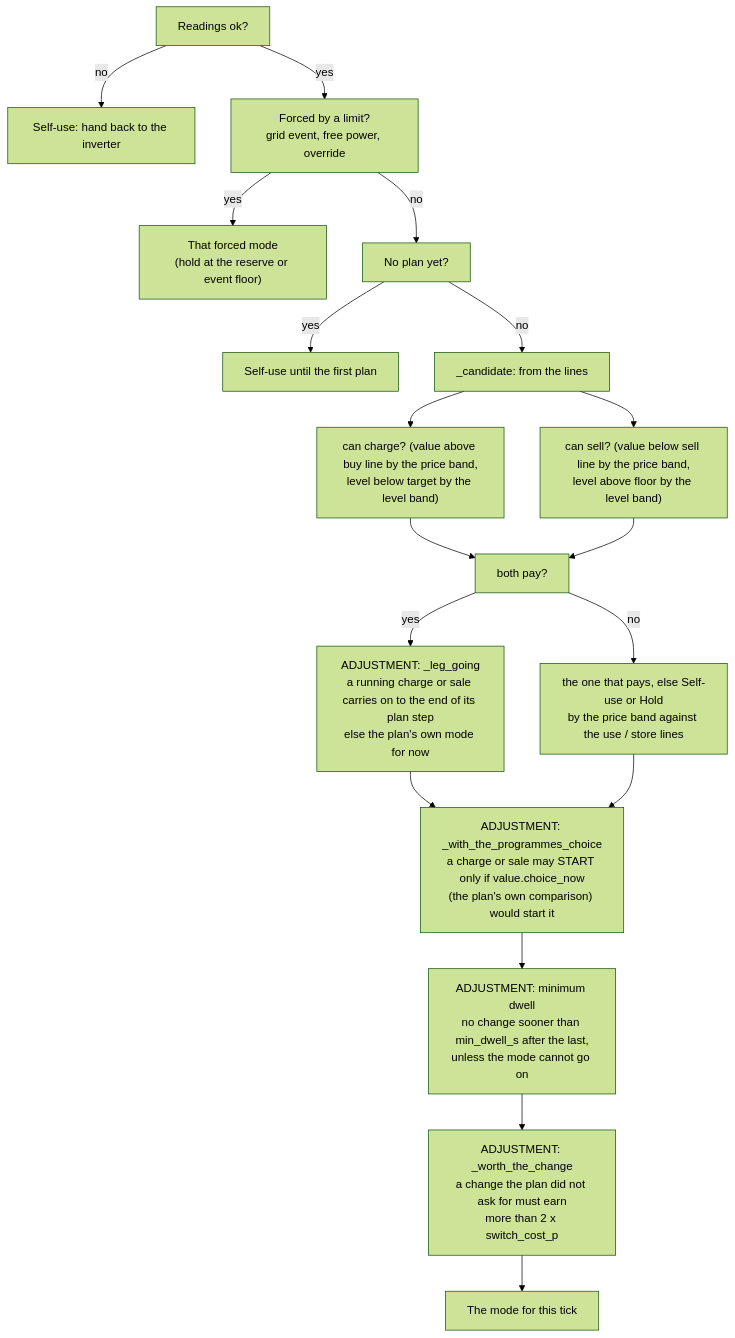
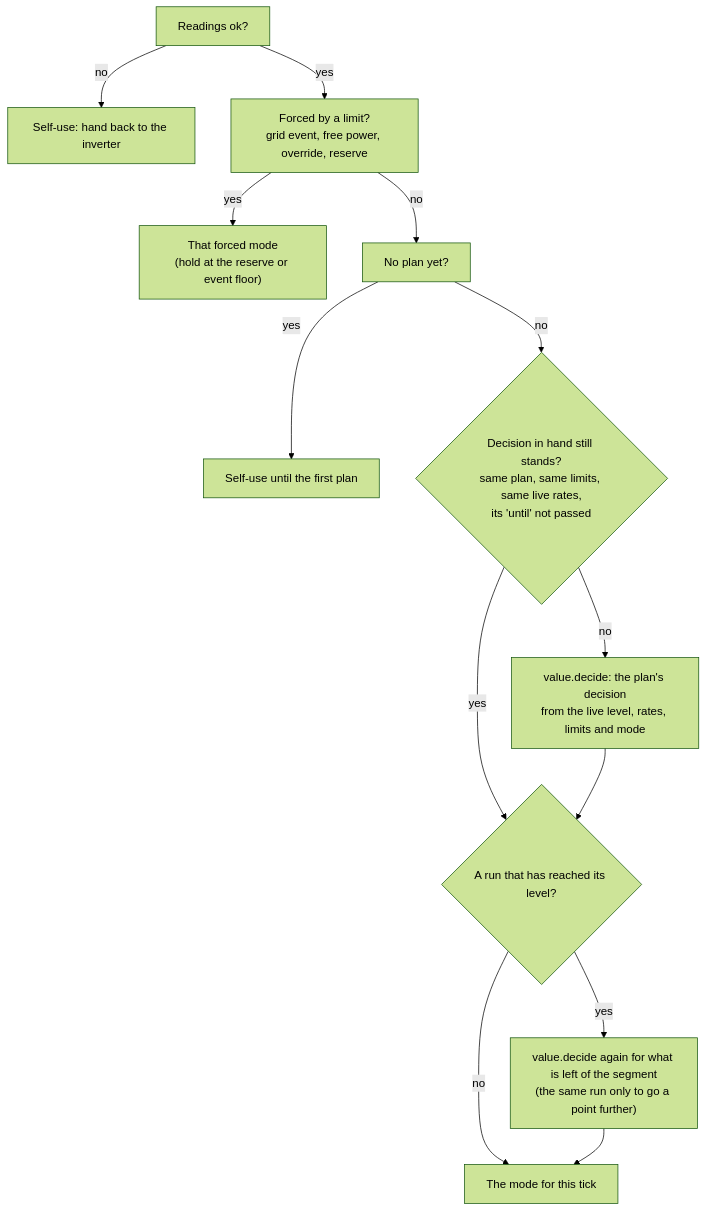
One commit to durkimat/ha-powerengine-controller changed the second of 2 diagrams in docs/plans/engine-v2-architecture.md. Above: the diagram before and after it, drawn with Mermaid (forest theme). The commit also changed other lines of this file and 40 other files, not shown here.

First line of the commit message:
0.9.157: One decision for the plan and the battery, and settings that say what you want (#313)

````diff
--- a/docs/plans/engine-v2-architecture.md
+++ b/docs/plans/engine-v2-architecture.md
@@ -123,20 +144,15 @@
 ```mermaid
 flowchart TD
     A["Readings ok?"] -->|no| SU1["Self-use: hand back to the inverter"]
-    A -->|yes| B["Forced by a limit?<br/>grid event, free power, override"]
+    A -->|yes| B["Forced by a limit?<br/>grid event, free power, override, reserve"]
     B -->|yes| F["That forced mode<br/>(hold at the reserve or event floor)"]
     B -->|no| C["No plan yet?"]
     C -->|yes| SU2["Self-use until the first plan"]
-    C -->|no| D["_candidate: from the lines"]
-    D --> D1["can charge? (value above buy line by the price band,<br/>level below target by the level band)"]
-    D --> D2["can sell? (value below sell line by the price band,<br/>level above floor by the level band)"]
-    D1 --> E["both pay?"]
-    D2 --> E
-    E -->|yes| LG["ADJUSTMENT: _leg_going<br/>a running charge or sale carries on to the end of its plan step<br/>else the plan's own mode for now"]
-    E -->|no| P["the one that pays, else Self-use or Hold<br/>by the price band against the use / store lines"]
-    LG --> PC
-    P --> PC["ADJUSTMENT: _with_the_programmes_choice<br/>a charge or sale may START only if value.choice_now<br/>(the plan's own comparison) would start it"]
-    PC --> DW["ADJUSTMENT: minimum dwell<br/>no change sooner than min_dwell_s after the last,<br/>unless the mode cannot go on"]
-    DW --> WC["ADJUSTMENT: _worth_the_change<br/>a change the plan did not ask for must earn<br/>more than 2 x switch_cost_p"]
-    WC --> M["The mode for this tick"]
+    C -->|no| D{"Decision in hand still stands?<br/>same plan, same limits, same live rates,<br/>its 'until' not passed"}
+    D -->|no| N["value.decide: the plan's decision<br/>from the live level, rates, limits and mode"]
+    D -->|yes| R
+    N --> R{"A run that has reached its level?"}
+    R -->|no| M["The mode for this tick"]
+    R -->|yes| N2["value.decide again for what is left of the segment<br/>(the same run only to go a point further)"]
+    N2 --> M
 ```
````
